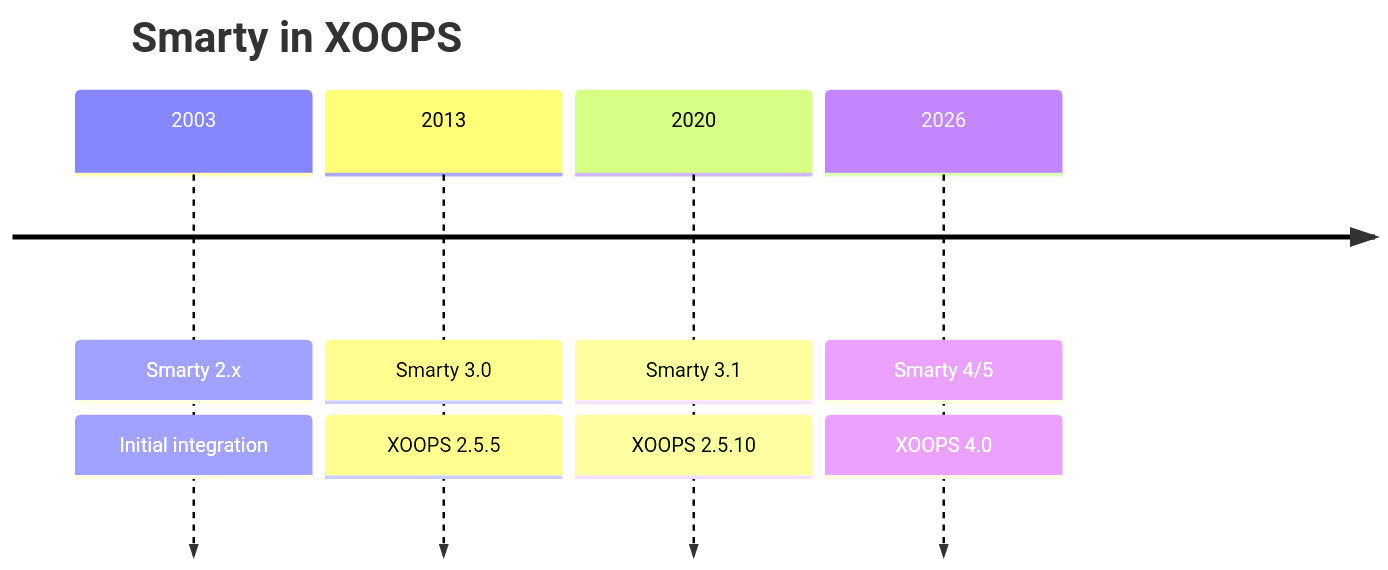
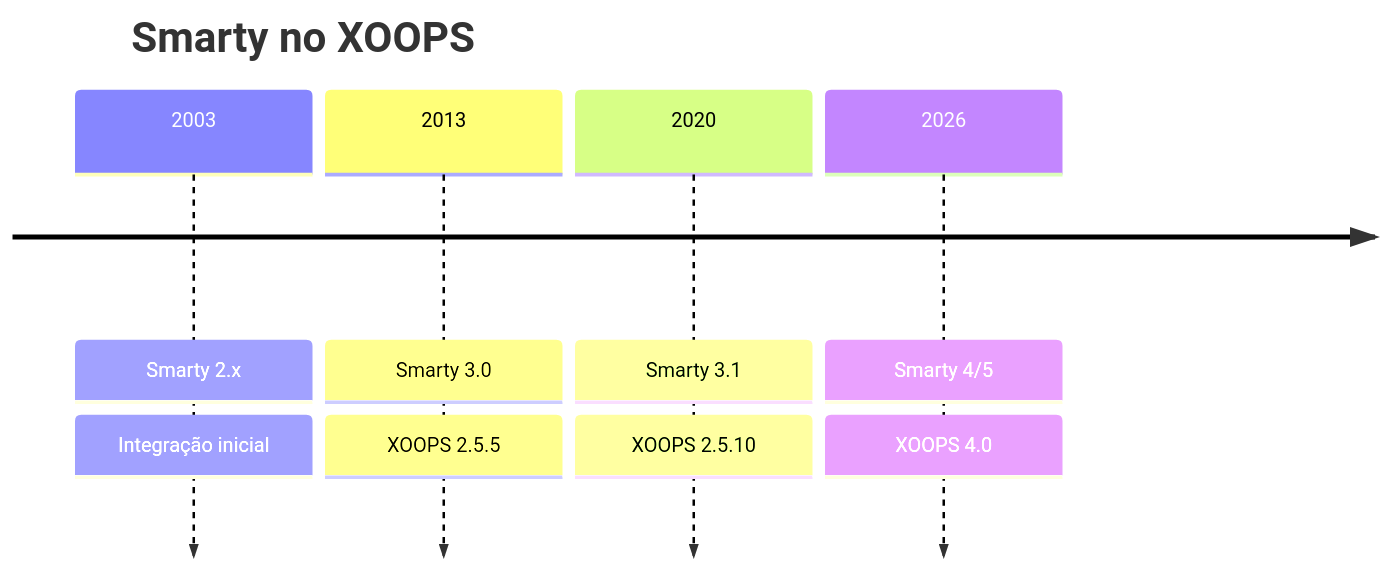
One commit to mambax7/xoops-docs changed the third of 3 diagrams in apps/docs-27/src/content/docs/pt/contributing/adrs/adr-003.md. Above: the diagram before and after it, drawn with Mermaid. The commit also changed other lines of this file and 162 other files, not shown here.

````diff
--- a/apps/docs-27/src/content/docs/pt/contributing/adrs/adr-003.md
+++ b/apps/docs-27/src/content/docs/pt/contributing/adrs/adr-003.md
@@ -238,12 +238,12 @@
 ```mermaid
 timeline
-    title Smarty in XOOPS
+    title Smarty no XOOPS
     2003 : Smarty 2.x
-         : Initial integration
+         : Integração inicial
     2013 : Smarty 3.0
          : XOOPS 2.5.5
     2020 : Smarty 3.1
          : XOOPS 2.5.10
     2026 : Smarty 4/5
          : XOOPS 4.0
 ```
````
